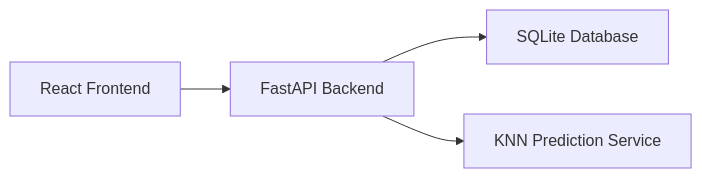
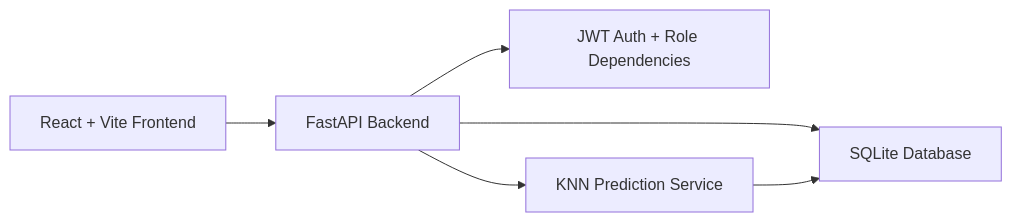
One commit to yedidya-cohen/KNNProj changed the first of 3 diagrams in docs/architecture.md. Above: the diagram before and after it, drawn with Mermaid. The commit also changed other lines of this file and 2 other files, not shown here.

````diff
--- a/docs/architecture.md
+++ b/docs/architecture.md
@@ -5,6 +5,8 @@
 ```mermaid
 flowchart LR
-    Browser["React Frontend"] --> API["FastAPI Backend"]
+    Browser["React + Vite Frontend"] --> API["FastAPI Backend"]
+    API --> Auth["JWT Auth + Role Dependencies"]
     API --> DB["SQLite Database"]
-    API --> ML["KNN Prediction Service"]
+    API --> KNN["KNN Prediction Service"]
+    KNN --> DB
 ```
````
